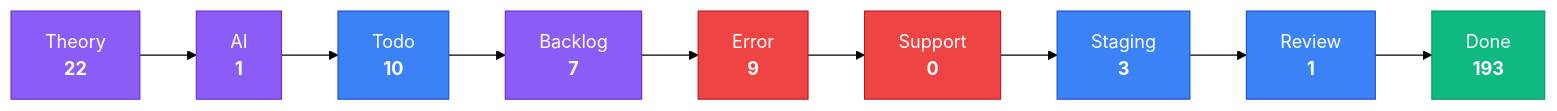
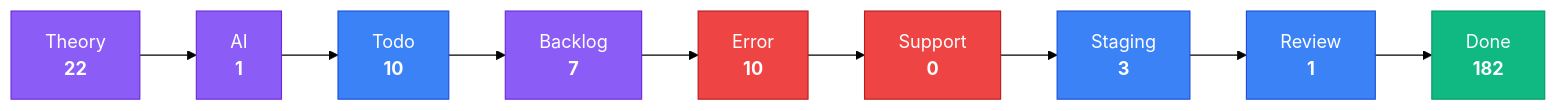
Before and after one commit to KBVE/kbve: the third of 4 diagrams in apps/kbve/astro-kbve/src/content/docs/dashboard/kanban-data.mdx, drawn with Mermaid (forest theme). The commit also changed other lines of this file and 7 other files, not shown here.

````diff
--- a/apps/kbve/astro-kbve/src/content/docs/dashboard/kanban-data.mdx
+++ b/apps/kbve/astro-kbve/src/content/docs/dashboard/kanban-data.mdx
@@ -80,28 +80,28 @@
 ```mermaid
 flowchart LR
     classDef planning fill:#8b5cf6,stroke:#6d28d9,color:#fff
     classDef active fill:#3b82f6,stroke:#1d4ed8,color:#fff
     classDef blocked fill:#ef4444,stroke:#b91c1c,color:#fff
     classDef done fill:#10b981,stroke:#059669,color:#fff
     Theory["Theory<br/><strong>22</strong>"]
     Theory --> AI
     AI["AI<br/><strong>1</strong>"]
     AI --> Todo
     Todo["Todo<br/><strong>10</strong>"]
     Todo --> Backlog
     Backlog["Backlog<br/><strong>7</strong>"]
     Backlog --> Error
-    Error["Error<br/><strong>9</strong>"]
+    Error["Error<br/><strong>10</strong>"]
     Error --> Support
     Support["Support<br/><strong>0</strong>"]
     Support --> Staging
     Staging["Staging<br/><strong>3</strong>"]
     Staging --> Review
     Review["Review<br/><strong>1</strong>"]
     Review --> Done
-    Done["Done<br/><strong>193</strong>"]
+    Done["Done<br/><strong>182</strong>"]
     class Theory,AI,Backlog planning
     class Todo,Staging,Review active
     class Error,Support blocked
     class Done done
 ```
````
